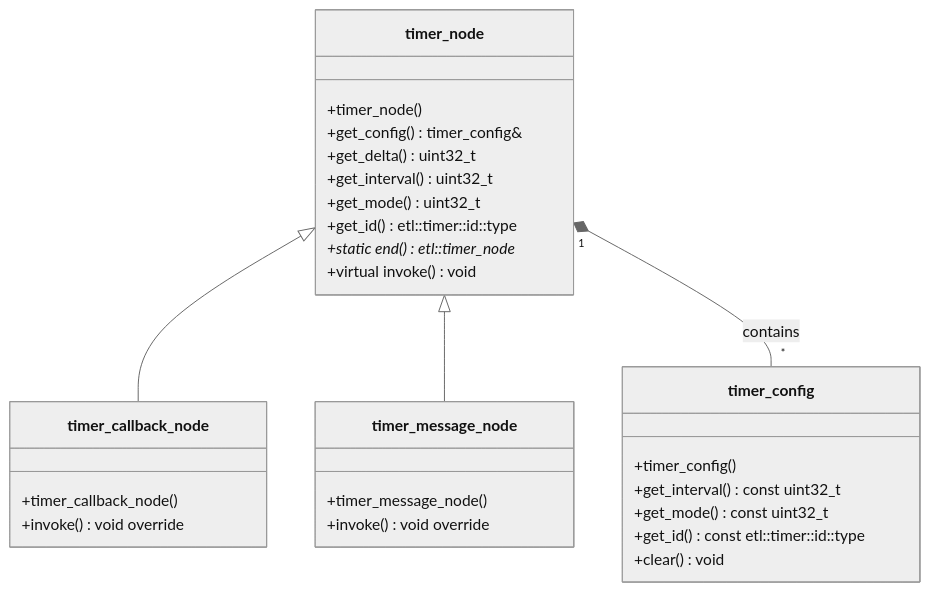
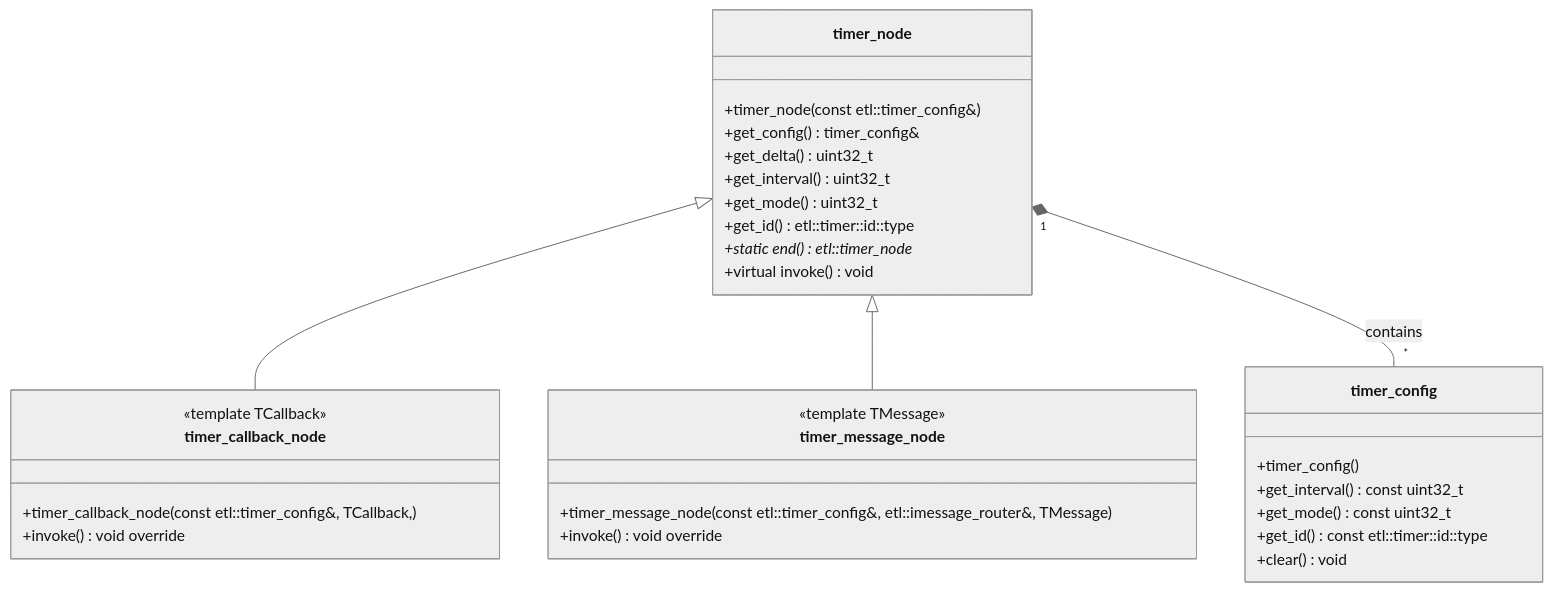
Before and after one commit to ETLCPP/etl: the diagram in docs/timers/timer-node.md, drawn with Mermaid. The commit also changed other lines of this file and 8 other files, not shown here.

````diff
--- a/docs/timers/timer-node.md
+++ b/docs/timers/timer-node.md
@@ -12,45 +12,47 @@
 ```mermaid
 ---
 config:
   theme: neutral
   look: classic
   layout: dagre
 ---
 classDiagram
   timer_node <|-- timer_callback_node
   timer_node <|-- timer_message_node
 
   timer_node "1" *-- "*" timer_config : contains
 
   class timer_config {
     +timer_config()
     +get_interval() const uint32_t 
     +get_mode() const uint32_t 
     +get_id() const etl::timer::id::type
     +clear() void
   }
 
   class timer_node {
-    +timer_node()
+    +timer_node(const etl::timer_config&)
     +get_config() timer_config&
     +get_delta() uint32_t
     +get_interval() uint32_t
     +get_mode() uint32_t
     +get_id() etl::timer::id::type
     +static end() etl::timer_node*
   }
 
   class timer_node {
     +virtual invoke() void
   }
 
   class timer_callback_node {
-    +timer_callback_node()
+    <<template TCallback>>
+    +timer_callback_node(const etl::timer_config&, TCallback, )
     +invoke() void override
   }
 
   class timer_message_node {
-    +timer_message_node()
+    <<template TMessage>>
+    +timer_message_node(const etl::timer_config&, etl::imessage_router&, TMessage)
     +invoke() void override
   }
 ```
````
